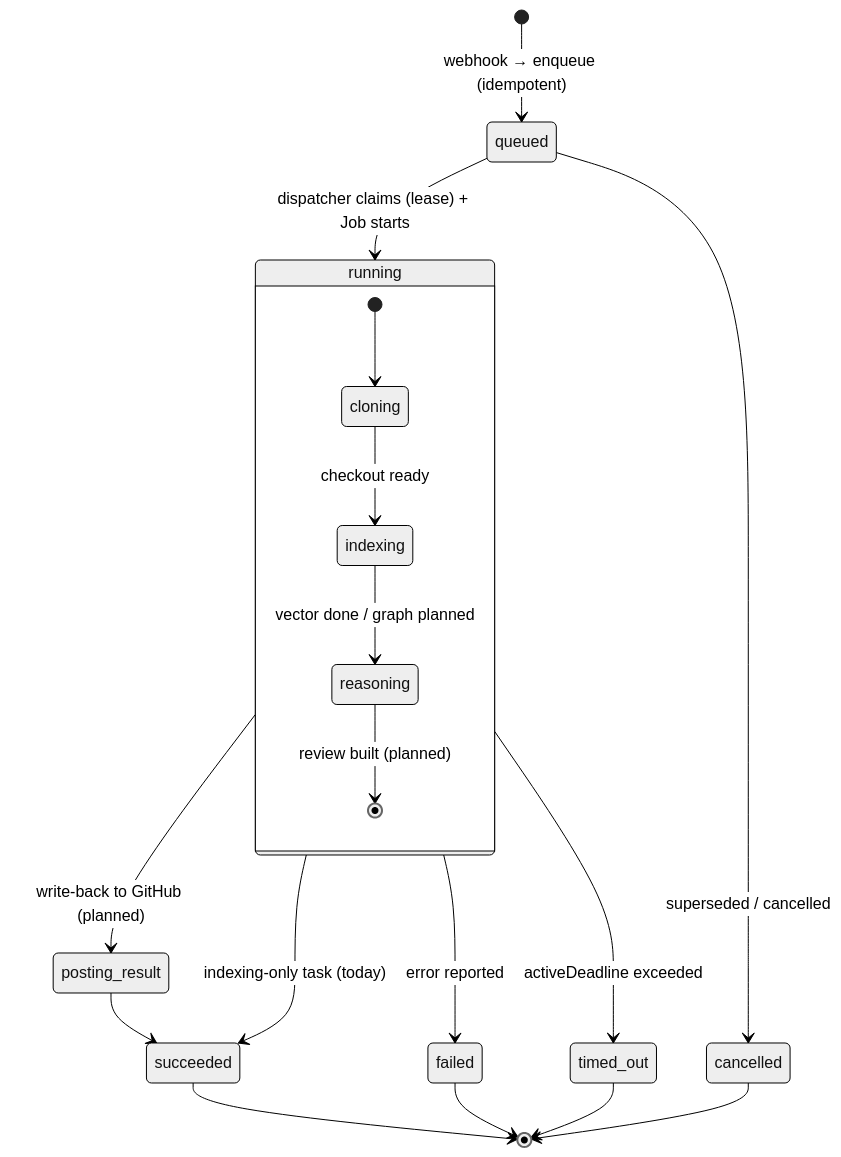
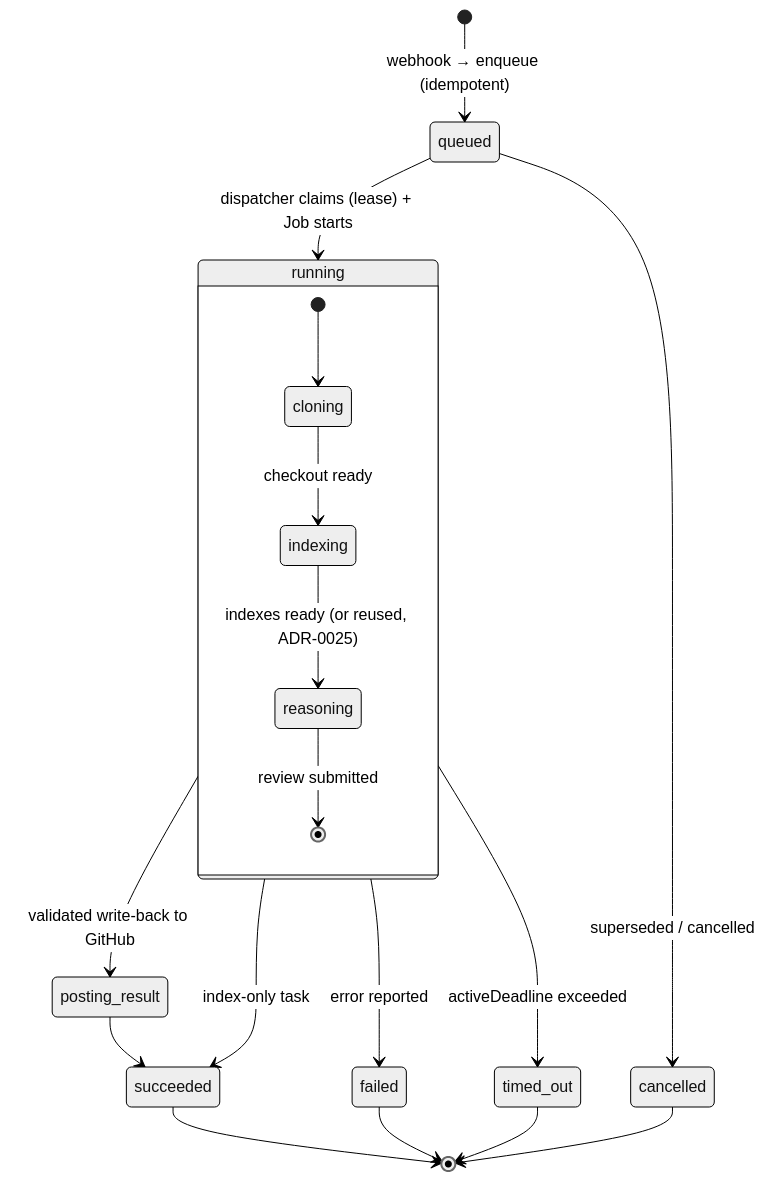
Before and after one commit to vymalo/lightbridge-code-intelligence: the third of 4 diagrams in README.md, drawn with Mermaid (neutral theme). The commit also changed other lines of this file and 7 other files, not shown here.

````diff
--- a/README.md
+++ b/README.md
@@ -122,25 +125,25 @@
 ```mermaid
 stateDiagram-v2
     [*] --> queued: webhook → enqueue (idempotent)
     queued --> running: dispatcher claims (lease) + Job starts
 
     state running {
         [*] --> cloning
         cloning --> indexing: checkout ready
-        indexing --> reasoning: vector done / graph planned
-        reasoning --> [*]: review built (planned)
+        indexing --> reasoning: indexes ready (or reused, ADR-0025)
+        reasoning --> [*]: review submitted
     }
 
-    running --> posting_result: write-back to GitHub (planned)
+    running --> posting_result: validated write-back to GitHub
     posting_result --> succeeded
-    running --> succeeded: indexing-only task (today)
+    running --> succeeded: index-only task
 
     running --> failed: error reported
     running --> timed_out: activeDeadline exceeded
     queued --> cancelled: superseded / cancelled
 
     succeeded --> [*]
     failed --> [*]
     timed_out --> [*]
     cancelled --> [*]
 ```
````
